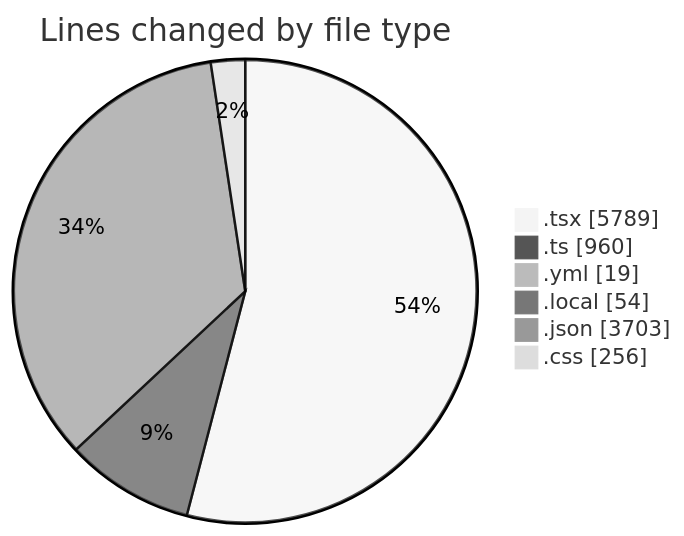
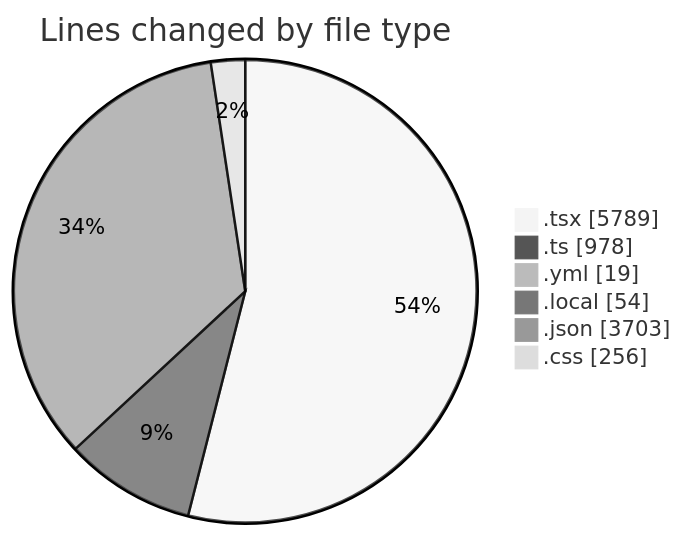
The first of 2 diagrams in 2025-11-18/eventscop-frontend-guide__workspace_/README.md (julien-gomy/code-tracking), drawn with Mermaid (neutral theme) before and after one commit. The commit also changed other lines of this file and 1 other file, not shown here.

````diff
--- a/2025-11-18/eventscop-frontend-guide__workspace_/README.md
+++ b/2025-11-18/eventscop-frontend-guide__workspace_/README.md
@@ -71,10 +72,10 @@
 ```mermaid
 pie showData
 title Lines changed by file type
 ".tsx" : 5789
-".ts" : 960
+".ts" : 978
 ".yml" : 19
 ".local" : 54
 ".json" : 3703
 ".css" : 256
 ```
````
